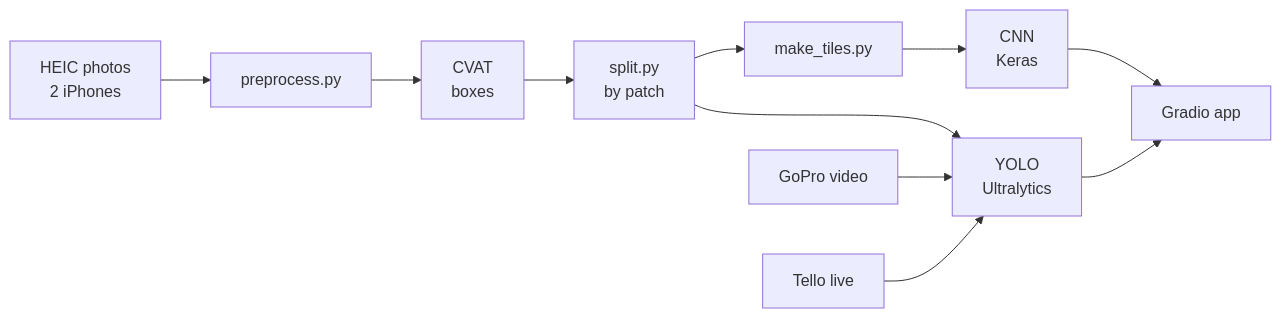
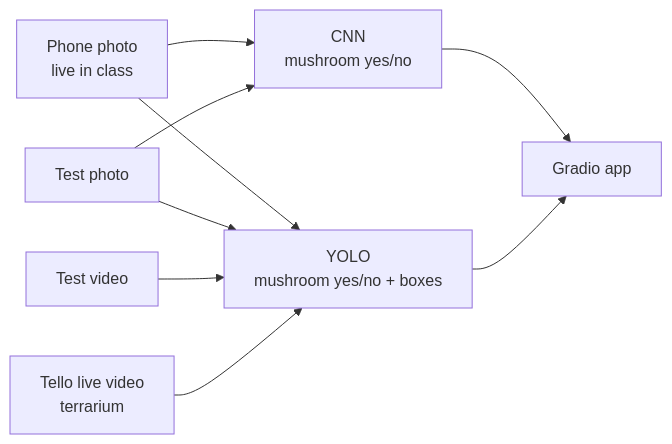
The second of 2 diagrams in docs/ARCHITECTURE.md (Sairanyx/craterellus), drawn with Mermaid before and after one commit. The commit also changed other lines of this file and 20 other files, not shown here.

Commit message:
Restart: repo layout, R2 data setup, roles in ARCHITECTURE, drone doc

````diff
--- a/docs/ARCHITECTURE.md
+++ b/docs/ARCHITECTURE.md
@@ -10,12 +31,11 @@
 ```mermaid
 flowchart LR
-    A[HEIC photos<br/>2 iPhones] --> B[preprocess.py]
-    B --> C[CVAT<br/>boxes]
-    C --> D[split.py<br/>by patch]
-    D --> T[make_tiles.py] --> E[CNN<br/>Keras]
-    D --> F[YOLO<br/>Ultralytics]
-    E --> G[Gradio app]
-    F --> G
-    H[GoPro video] --> F
-    I[Tello live] --> F
+    A[Phone photo<br/>live in class] --> C[CNN<br/>mushroom yes/no]
+    B[Test photo] --> C
+    A --> Y[YOLO<br/>mushroom yes/no + boxes]
+    B --> Y
+    V[Test video] --> Y
+    T[Tello live video<br/>terrarium] --> Y
+    C --> G[Gradio app]
+    Y --> G
 ```
````
